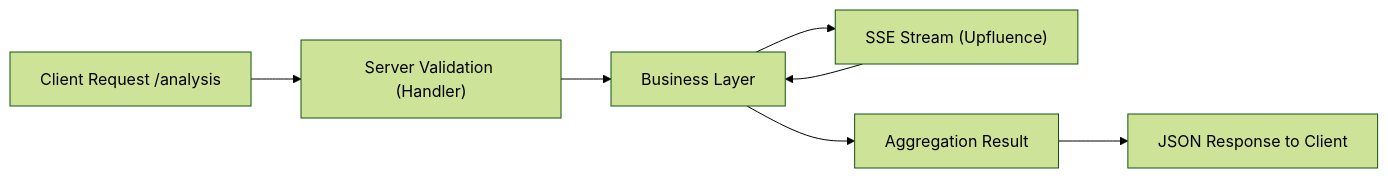
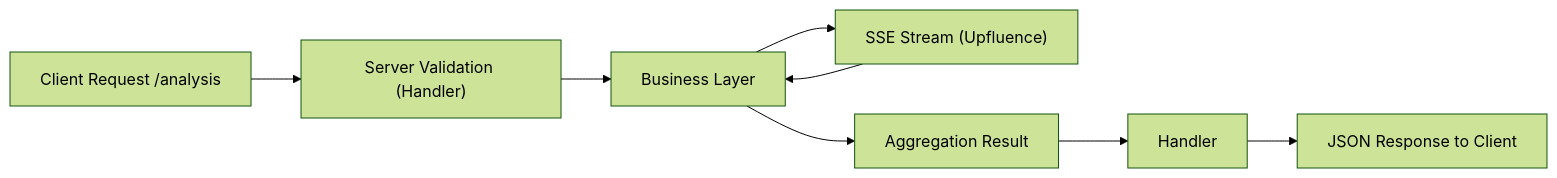
One commit to YassineIdr02/upfluence-coding-challenge changed the diagram in README.md. Above: the diagram before and after it, drawn with Mermaid (forest theme).

````diff
--- a/README.md
+++ b/README.md
@@ -13,9 +13,10 @@
 ```mermaid
 graph LR
     A[Client Request /analysis] --> B["Server Validation (Handler)"]
     B --> C[Business Layer]
     C --> D["SSE Stream (Upfluence)"]
     D --> C
     C --> E[Aggregation Result]
-    E --> F[JSON Response to Client]
+    E --> F[Handler]
+    F --> J[JSON Response to Client]
 ```
````
